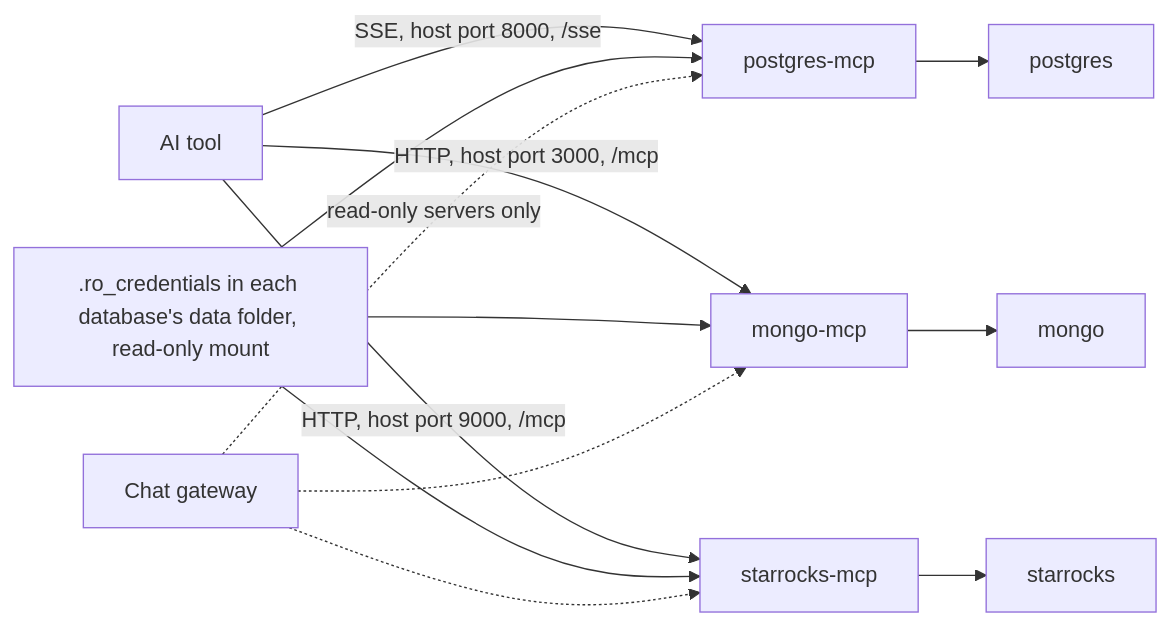
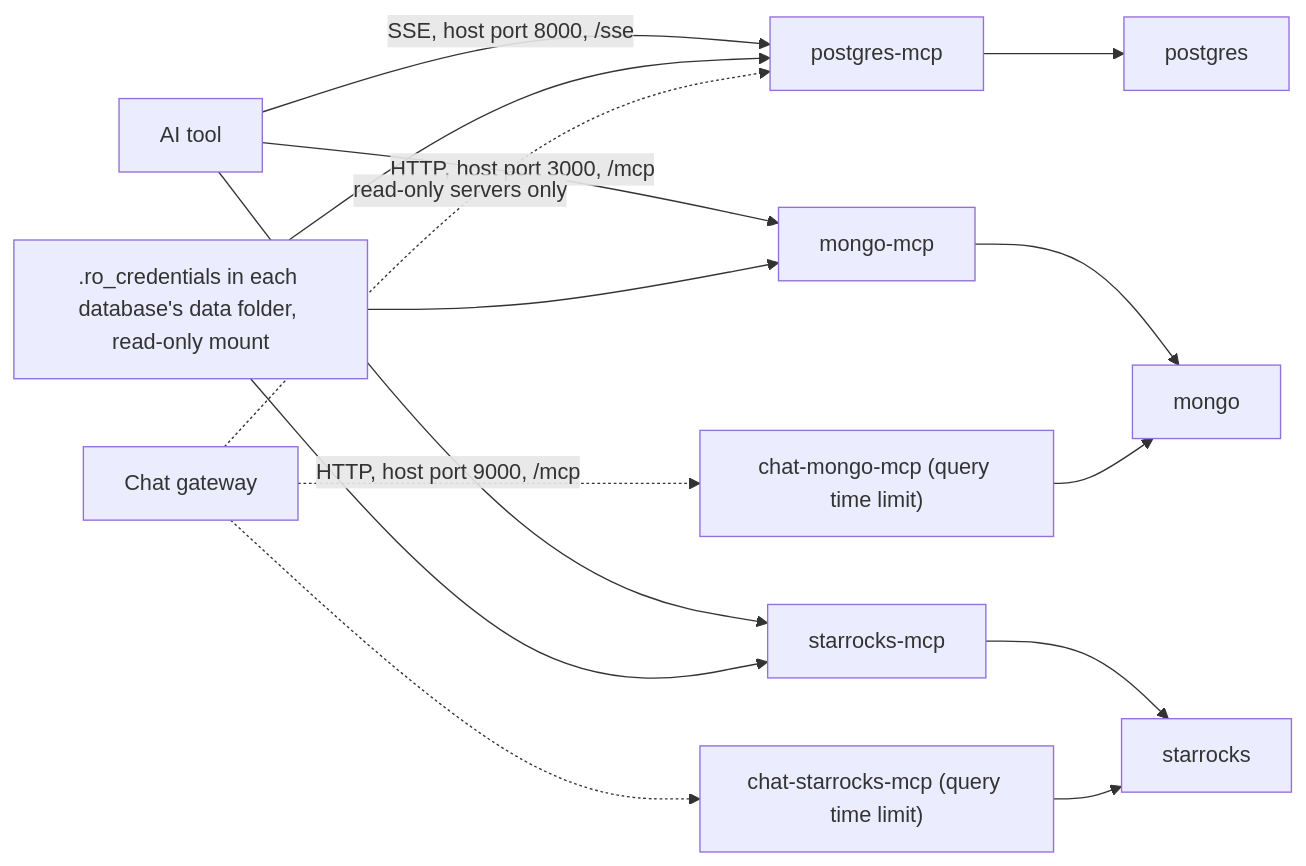
One commit to joaopn/social-data-pipeline changed the diagram in docs/architecture/mcp.md. Above: the diagram before and after it, drawn with Mermaid. The commit also changed other lines of this file and 4 other files, not shown here.

Commit message:
docs: the chat's query time limit

````diff
--- a/docs/architecture/mcp.md
+++ b/docs/architecture/mcp.md
@@ -12,15 +12,17 @@
 ```mermaid
 flowchart LR
     TOOL["AI tool"] -->|"SSE, host port 8000, /sse"| PGM["postgres-mcp"]
     TOOL -->|"HTTP, host port 3000, /mcp"| MGM["mongo-mcp"]
     TOOL -->|"HTTP, host port 9000, /mcp"| SRM["starrocks-mcp"]
     PGM --> PG["postgres"]
     MGM --> MG["mongo"]
     SRM --> SR["starrocks"]
     CRED[".ro_credentials in each database's data folder, read-only mount"] --> PGM
     CRED --> MGM
     CRED --> SRM
     GW["Chat gateway"] -.->|"read-only servers only"| PGM
-    GW -.-> MGM
-    GW -.-> SRM
+    GW -.-> CMG["chat-mongo-mcp (query time limit)"]
+    GW -.-> CSR["chat-starrocks-mcp (query time limit)"]
+    CMG --> MG
+    CSR --> SR
 ```
````
